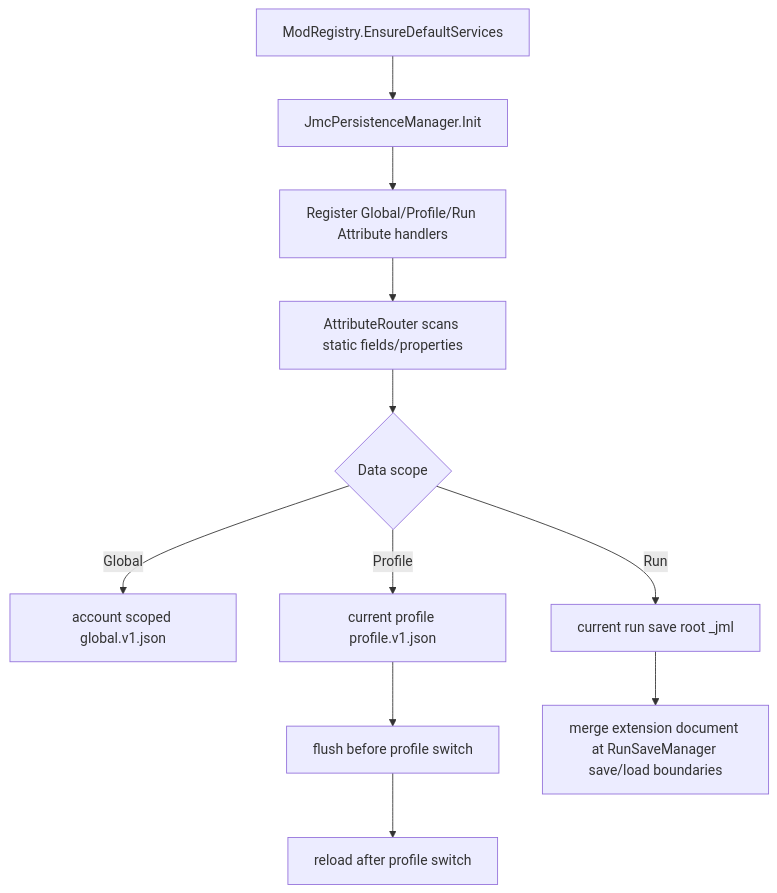
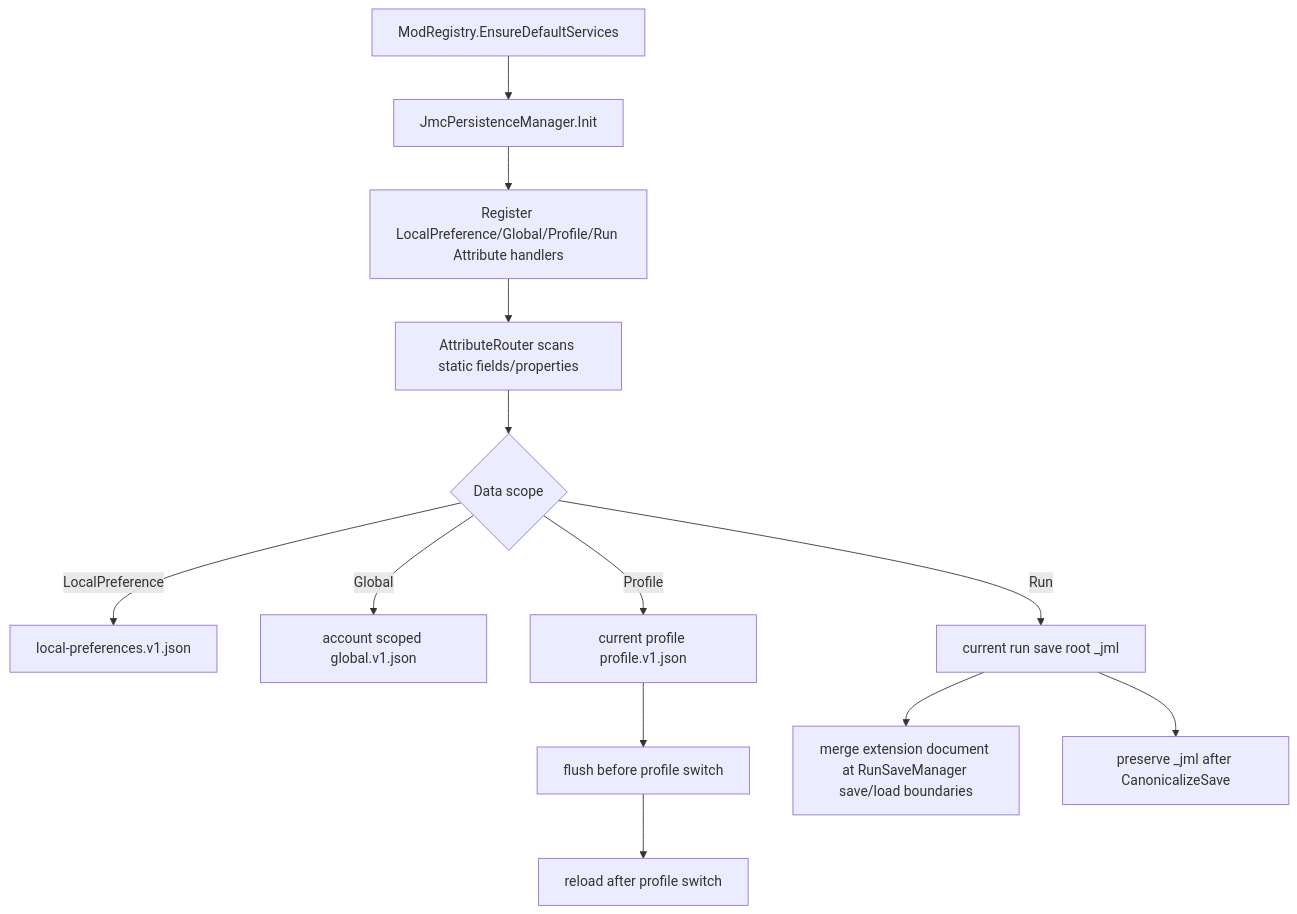
One commit to JMC-Mods/SlayTheSpire2_JmcModLib changed the sixth of 16 diagrams in docs/JML_API_Reference_en.md. Above: the diagram before and after it, drawn with Mermaid. The commit also changed other lines of this file and 24 other files, not shown here.

````diff
--- a/docs/JML_API_Reference_en.md
+++ b/docs/JML_API_Reference_en.md
@@ -601,13 +631,15 @@
 ```mermaid
 flowchart TD
     A[ModRegistry.EnsureDefaultServices] --> B[JmcPersistenceManager.Init]
-    B --> C[Register Global/Profile/Run Attribute handlers]
+    B --> C[Register LocalPreference/Global/Profile/Run Attribute handlers]
     C --> D[AttributeRouter scans static fields/properties]
     D --> E{Data scope}
-    E -- Global --> F[account scoped global.v1.json]
-    E -- Profile --> G[current profile profile.v1.json]
-    E -- Run --> H[current run save root _jml]
-    G --> I[flush before profile switch]
-    I --> J[reload after profile switch]
-    H --> K[merge extension document at RunSaveManager save/load boundaries]
+    E -- LocalPreference --> F[local-preferences.v1.json]
+    E -- Global --> G[account scoped global.v1.json]
+    E -- Profile --> H[current profile profile.v1.json]
+    E -- Run --> I[current run save root _jml]
+    H --> J[flush before profile switch]
+    J --> K[reload after profile switch]
+    I --> L[merge extension document at RunSaveManager save/load boundaries]
+    I --> M[preserve _jml after CanonicalizeSave]
 ```
````
